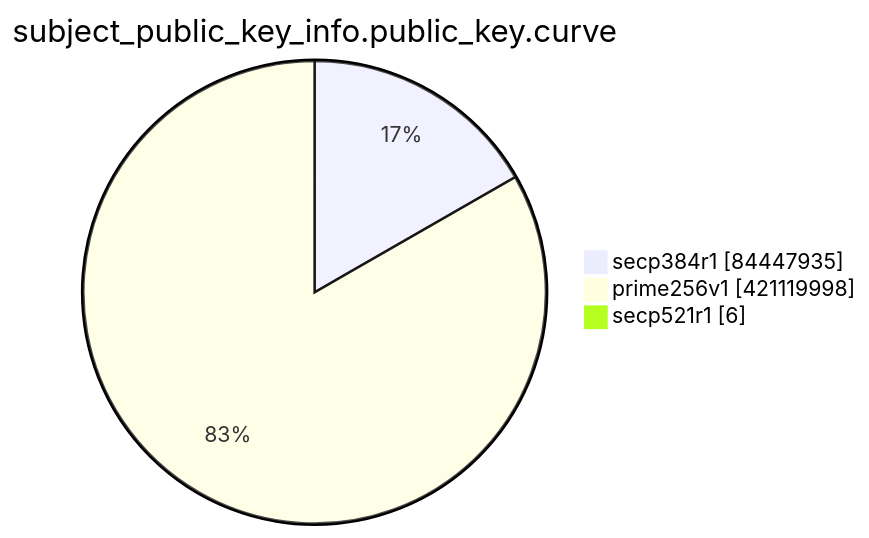
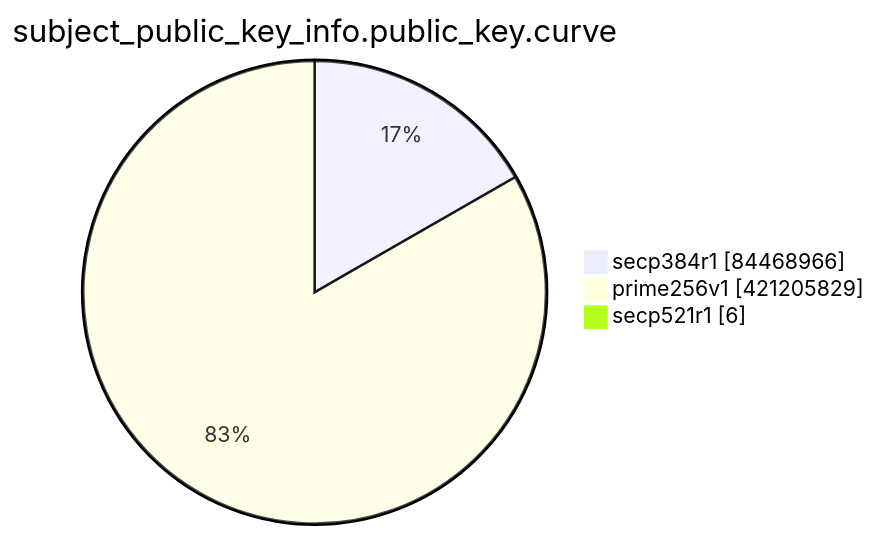
The eighth of 15 diagrams in TOTAL/README.md (christiankrug/ctmonitor_visualization), drawn with Mermaid before and after one commit. The commit also changed other lines of this file, not shown here.

````diff
--- a/TOTAL/README.md
+++ b/TOTAL/README.md
@@ -3099,7 +3099,7 @@
 ```mermaid
 pie showData
 title subject_public_key_info.public_key.curve
-"secp384r1" :84447935
-"prime256v1" :421119998
+"secp384r1" :84468966
+"prime256v1" :421205829
 "secp521r1" :6
 ```
````
